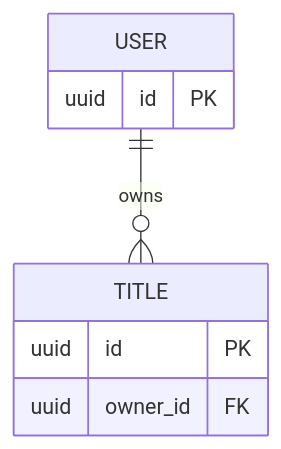
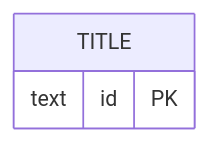
One commit to lilileal-code/Group4Project changed the diagram in docs/data-api-design.md. Above: the diagram before and after it, drawn with Mermaid. The commit also changed other lines of this file, not shown here.

````diff
--- a/docs/data-api-design.md
+++ b/docs/data-api-design.md
@@ -74,11 +60,6 @@
 ```mermaid
 erDiagram
-  USER ||--o{ TITLE : "owns"
-  USER {
-    uuid id PK
-  }
   TITLE {
-    uuid id PK
-    uuid owner_id FK
+    text id PK
   }
 ```
````
